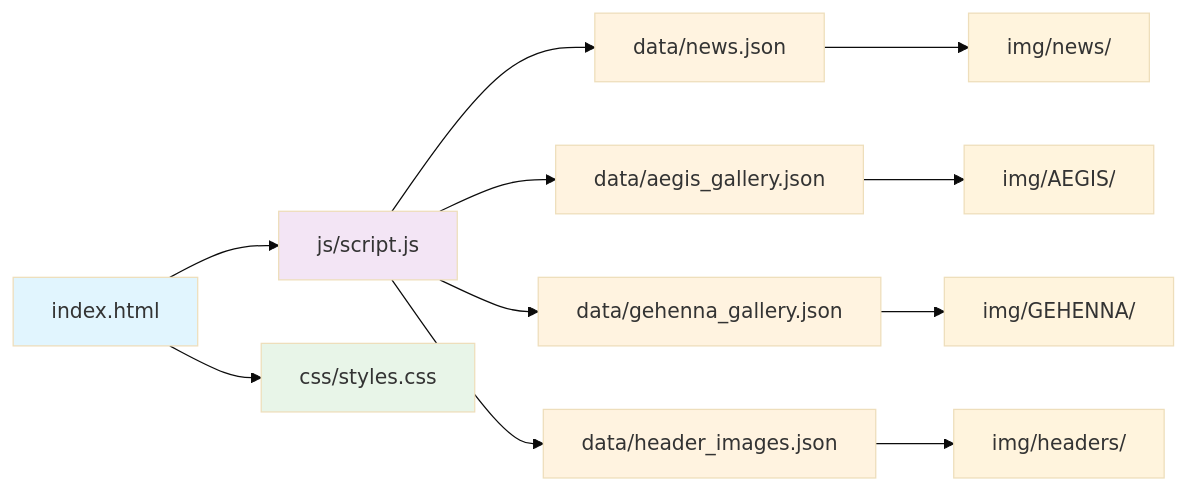
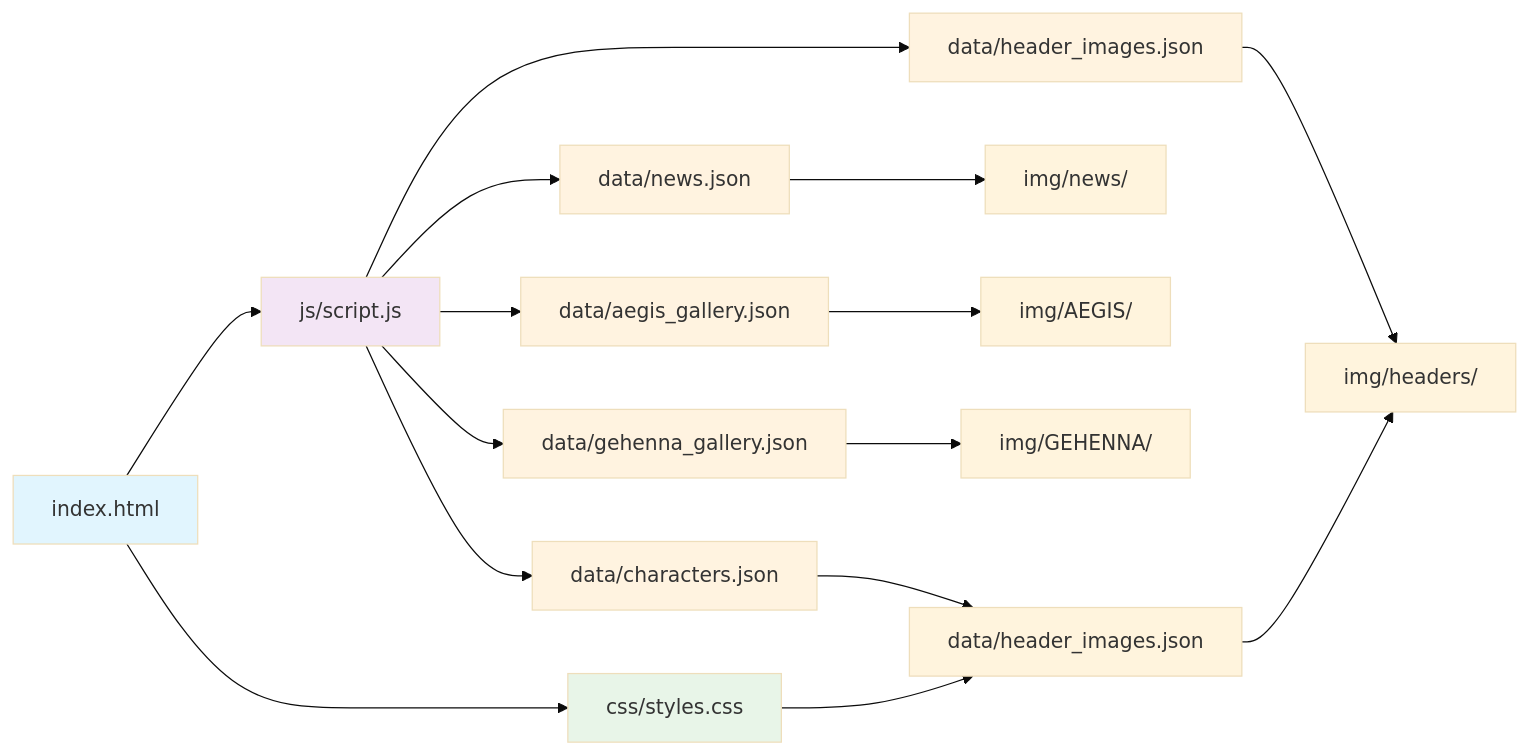
The third of 4 diagrams in README.md (naokicreate/shojo_webpage), drawn with Mermaid (base theme) before and after one commit. The commit also changed other lines of this file and 2 other files, not shown here.

````diff
--- a/README.md
+++ b/README.md
@@ -198,23 +273,28 @@
 ```mermaid
 graph LR
     A[index.html] --> B[js/script.js]
     A --> C[css/styles.css]
     
     B --> D[data/news.json]
     B --> E[data/aegis_gallery.json]
     B --> F[data/gehenna_gallery.json]
-    B --> G[data/header_images.json]
+    B --> G[data/characters.json]
+    B --> H[data/header_images.json]
     
-    D --> H[img/news/]
-    E --> I[img/AEGIS/]
-    F --> J[img/GEHENNA/]
-    G --> K[img/headers/]
+    D --> I[img/news/]
+    E --> J[img/AEGIS/]
+    F --> K[img/GEHENNA/]
+    G --> L[img/characters/]
+    H --> M[img/headers/]
+    C --> L[data/header_images.json]
+    L --> M[img/headers/]
     
     style A fill:#e1f5fe
     style B fill:#f3e5f5
     style C fill:#e8f5e8
     style D fill:#fff3e0
     style E fill:#fff3e0
     style F fill:#fff3e0
     style G fill:#fff3e0
+    style H fill:#fff3e0
 ```
````
